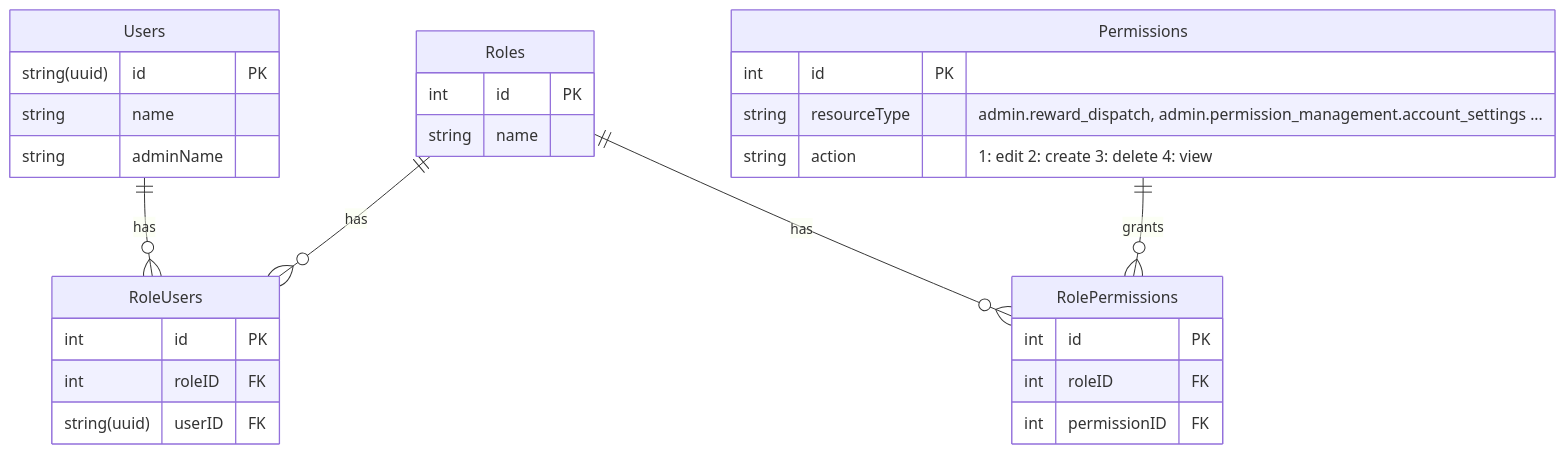
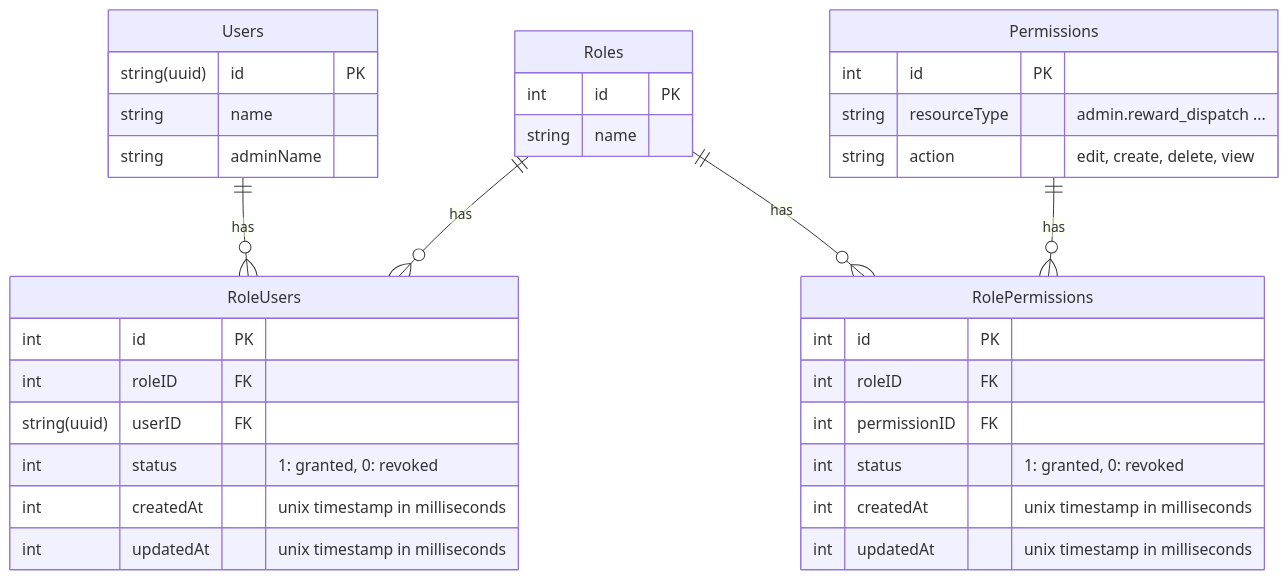
The second of 2 diagrams in api/design/permission_management/README.md (harry-tsai/notebook), drawn with Mermaid before and after one commit. The commit also changed other lines of this file, not shown here.

Commit message:
新增管理者相關 API 的序列圖及權限描述

````diff
--- a/api/design/permission_management/README.md
+++ b/api/design/permission_management/README.md
@@ -58,36 +58,42 @@
 ```mermaid
 erDiagram
     Users 1--many(0) RoleUsers : has
     Roles 1--many(0) RoleUsers : has
     Roles 1--many(0) RolePermissions : has
-    Permissions 1--many(0) RolePermissions : grants
+    Permissions 1--many(0) RolePermissions : has
 
     Users {
         string(uuid) id PK
         string name
         string adminName
     }
 
     Roles {
         int id PK
         string name
     }
 
     Permissions {
         int id PK
-        string resourceType "admin.reward_dispatch, admin.permission_management.account_settings ..."
-        string action "1: edit 2: create 3: delete 4: view"
+        string resourceType "admin.reward_dispatch ..."
+        string action "edit, create, delete, view"
     }
 
     RoleUsers {
         int id PK
         int roleID FK
         string(uuid) userID FK
+        int status "1: granted, 0: revoked"
+        int createdAt "unix timestamp in milliseconds"
+        int updatedAt "unix timestamp in milliseconds"
     }
 
     RolePermissions {
         int id PK
         int roleID FK
         int permissionID FK
+        int status "1: granted, 0: revoked"
+        int createdAt "unix timestamp in milliseconds"
+        int updatedAt "unix timestamp in milliseconds"
     }
 ```
````
